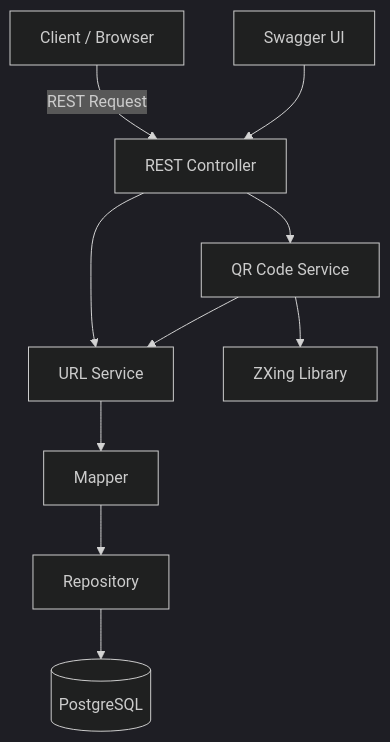
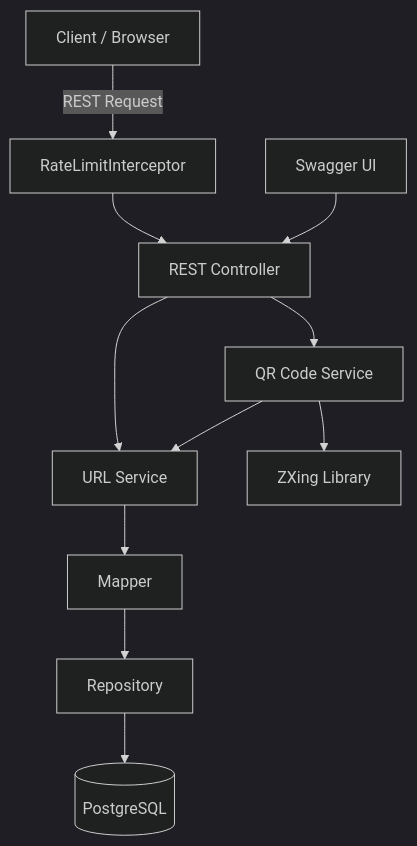
One commit to suyashsachan2304-lab/smarturl changed the first of 7 diagrams in README.md. Above: the diagram before and after it, drawn with Mermaid (dark theme). The commit also changed other lines of this file and 32 other files, not shown here.

Commit message:
feat: add token bucket rate limiter

````diff
--- a/README.md
+++ b/README.md
@@ -263,39 +351,43 @@
 ```mermaid
 flowchart TD
 
     Client[Client / Browser]
+
+    RateLimiter[RateLimitInterceptor]
 
     UrlController[REST Controller]
 
     UrlService[URL Service]
 
     QrService[QR Code Service]
 
     UrlMapper[Mapper]
 
     UrlRepository[Repository]
 
     PostgreSQL[(PostgreSQL)]
 
     QrGenerator[ZXing Library]
 
     Swagger[Swagger UI]
 
-    Client -->|REST Request| UrlController
+    Client -->|REST Request| RateLimiter
+
+    RateLimiter --> UrlController
 
     Swagger --> UrlController
 
     UrlController --> UrlService
 
     UrlController --> QrService
 
     UrlService --> UrlMapper
 
     UrlMapper --> UrlRepository
 
     UrlRepository --> PostgreSQL
 
     QrService --> UrlService
 
     QrService --> QrGenerator
 ```
````
